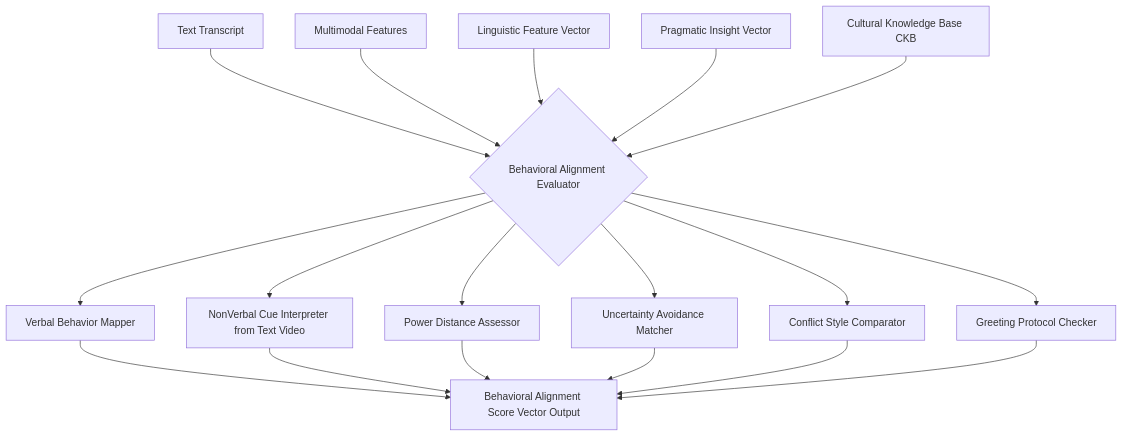
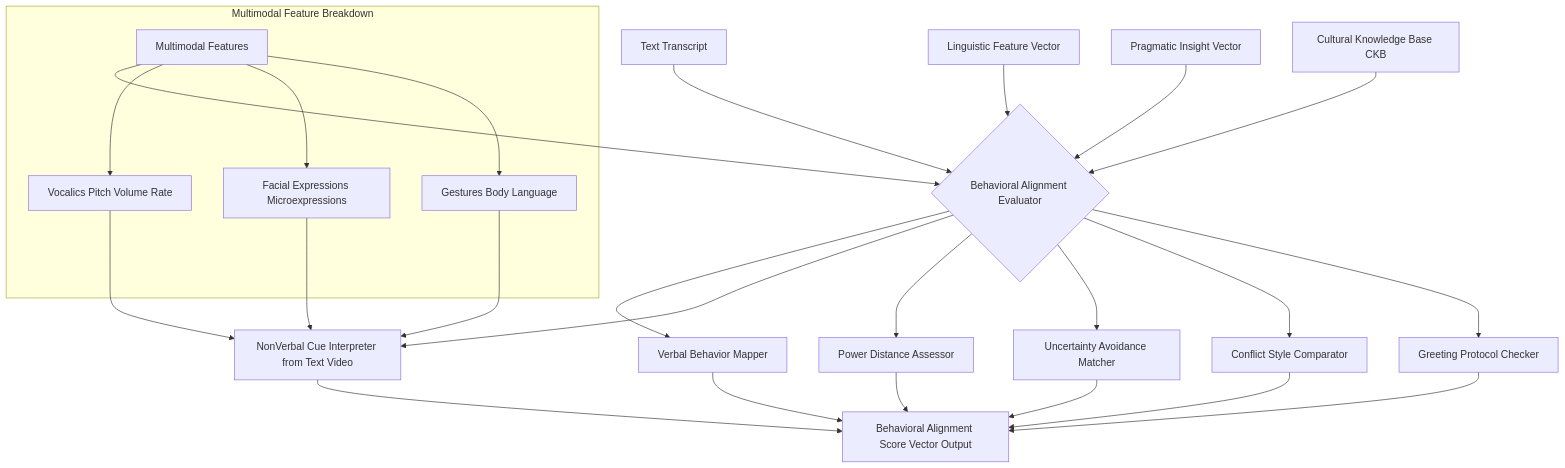
Before and after one commit to diplomat-bit/Citibank_Demo_Business_Inc_Demonstration-: the fourth of 10 diagrams in inventions/inventions/019_cultural_communication_simulation_coach_ai_detailed_spec.md, drawn with Mermaid. The commit also changed other lines of this file, not shown here.

````diff
--- a/inventions/inventions/019_cultural_communication_simulation_coach_ai_detailed_spec.md
+++ b/inventions/inventions/019_cultural_communication_simulation_coach_ai_detailed_spec.md
@@ -104,22 +196,31 @@
 ```mermaid
 graph TD
     A[Text Transcript] --> B{Behavioral Alignment Evaluator}
     C[Multimodal Features] --> B
     D[Linguistic Feature Vector] --> B
     E[Pragmatic Insight Vector] --> B
     F[Cultural Knowledge Base CKB] --> B
 
     B --> G[Verbal Behavior Mapper]
     B --> H[NonVerbal Cue Interpreter from Text Video]
     B --> I[Power Distance Assessor]
     B --> J[Uncertainty Avoidance Matcher]
     B --> K[Conflict Style Comparator]
     B --> L[Greeting Protocol Checker]
 
     G --> M[Behavioral Alignment Score Vector Output]
     H --> M
     I --> M
     J --> M
     K --> M
     L --> M
+
+    subgraph Multimodal Feature Breakdown
+        C --> C1[Vocalics Pitch Volume Rate]
+        C --> C2[Facial Expressions Microexpressions]
+        C --> C3[Gestures Body Language]
+    end
+    C1 --> H
+    C2 --> H
+    C3 --> H
 ```
````
